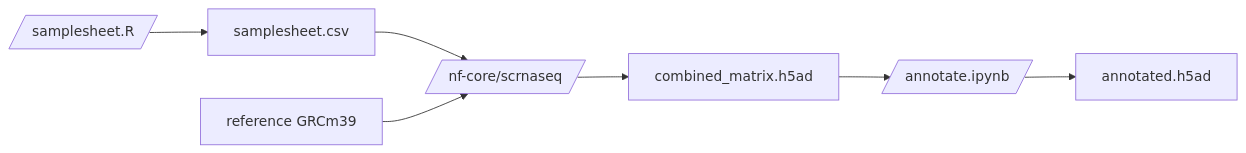
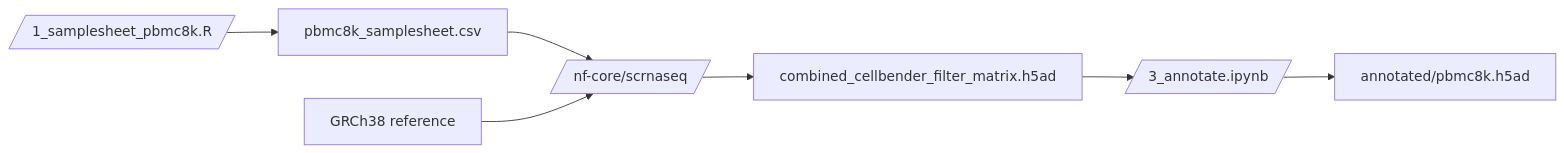
One commit to laminlabs/lamin-blog changed the diagram in docs/nf-lamin.md. Above: the diagram before and after it, drawn with Mermaid. The commit also changed other lines of this file and 2 other files, not shown here.

````diff
--- a/docs/nf-lamin.md
+++ b/docs/nf-lamin.md
@@ -93,13 +95,13 @@
 ```{mermaid}
 flowchart LR
-    rscript[/"samplesheet.R"/]:::transform
-    ref["reference GRCm39"]:::artifact
-    sheet["samplesheet.csv"]:::artifact
+    rscript[/"1_samplesheet_pbmc8k.R"/]:::transform
+    ref["GRCh38 reference"]:::artifact
+    sheet["pbmc8k_samplesheet.csv"]:::artifact
     nf[/"nf-core/scrnaseq"/]:::transform
-    h5ad["combined_matrix.h5ad"]:::artifact
-    nb[/"annotate.ipynb"/]:::transform
-    ann["annotated.h5ad"]:::artifact
+    h5ad["combined_cellbender_filter_matrix.h5ad"]:::artifact
+    nb[/"3_annotate.ipynb"/]:::transform
+    ann["annotated/pbmc8k.h5ad"]:::artifact
 
     rscript --> sheet --> nf --> h5ad --> nb --> ann
     ref --> nf
 ```
````
